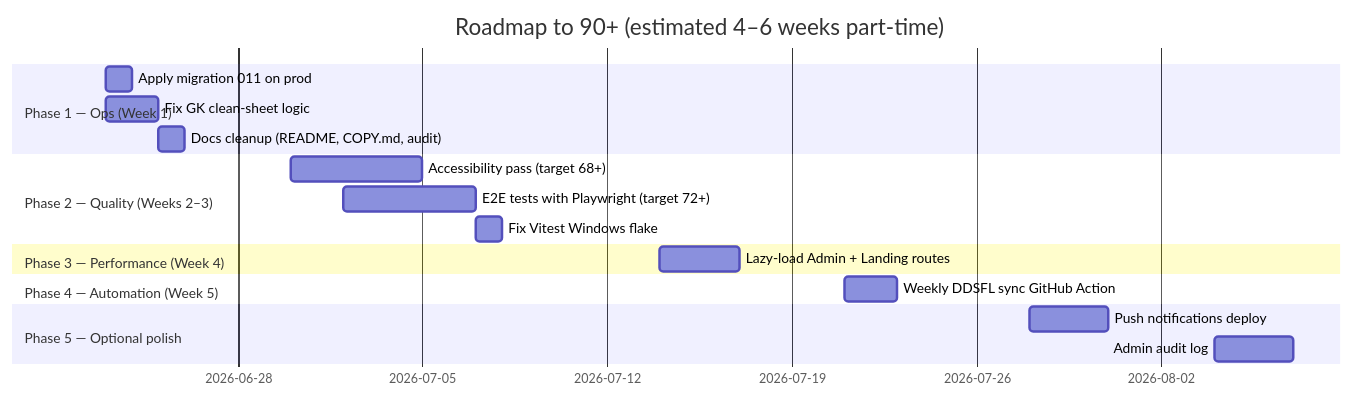
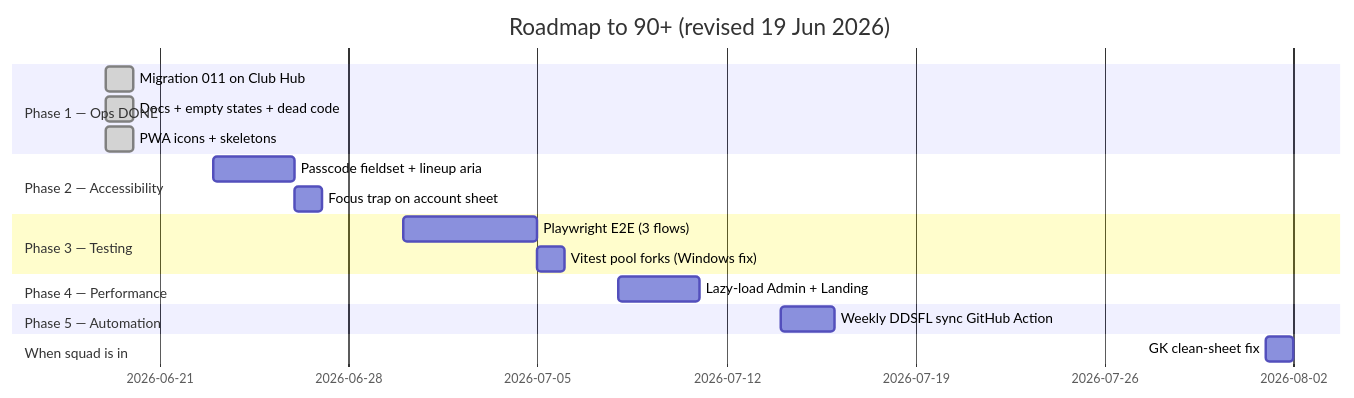
Before and after one commit to lewisjakewhite26/bmfcapp: the diagram in docs/ROADMAP-90.md, drawn with Mermaid. The commit also changed other lines of this file and 1 other file, not shown here.

First line of the commit message:
Update audit v3 and roadmap for Phase 1 completion.

````diff
--- a/docs/ROADMAP-90.md
+++ b/docs/ROADMAP-90.md
@@ -37,20 +37,21 @@
 ```mermaid
 gantt
-    title Roadmap to 90+ (estimated 4–6 weeks part-time)
+    title Roadmap to 90+ (revised 19 Jun 2026)
     dateFormat  YYYY-MM-DD
-    section Phase 1 — Ops (Week 1)
-    Apply migration 011 on prod           :p1a, 2026-06-23, 1d
-    Fix GK clean-sheet logic              :p1b, 2026-06-23, 2d
-    Docs cleanup (README, COPY.md, audit) :p1c, 2026-06-25, 1d
-    section Phase 2 — Quality (Weeks 2–3)
-    Accessibility pass (target 68+)       :p2a, 2026-06-30, 5d
-    E2E tests with Playwright (target 72+) :p2b, 2026-07-02, 5d
-    Fix Vitest Windows flake              :p2c, 2026-07-07, 1d
-    section Phase 3 — Performance (Week 4)
-    Lazy-load Admin + Landing routes      :p3a, 2026-07-14, 3d
-    section Phase 4 — Automation (Week 5)
-    Weekly DDSFL sync GitHub Action       :p4a, 2026-07-21, 2d
-    section Phase 5 — Optional polish
-    Push notifications deploy             :p5a, 2026-07-28, 3d
-    Admin audit log                       :p5b, 2026-08-04, 3d
+    section Phase 1 — Ops DONE
+    Migration 011 on Club Hub           :done, p1a, 2026-06-19, 1d
+    Docs + empty states + dead code     :done, p1b, 2026-06-19, 1d
+    PWA icons + skeletons               :done, p1c, 2026-06-19, 1d
+    section Phase 2 — Accessibility
+    Passcode fieldset + lineup aria       :p2a, 2026-06-23, 3d
+    Focus trap on account sheet           :p2b, 2026-06-26, 1d
+    section Phase 3 — Testing
+    Playwright E2E (3 flows)              :p3a, 2026-06-30, 5d
+    Vitest pool forks (Windows fix)       :p3b, 2026-07-05, 1d
+    section Phase 4 — Performance
+    Lazy-load Admin + Landing             :p4a, 2026-07-08, 3d
+    section Phase 5 — Automation
+    Weekly DDSFL sync GitHub Action       :p5a, 2026-07-14, 2d
+    section When squad is in
+    GK clean-sheet fix                    :p6a, 2026-08-01, 1d
 ```
````
